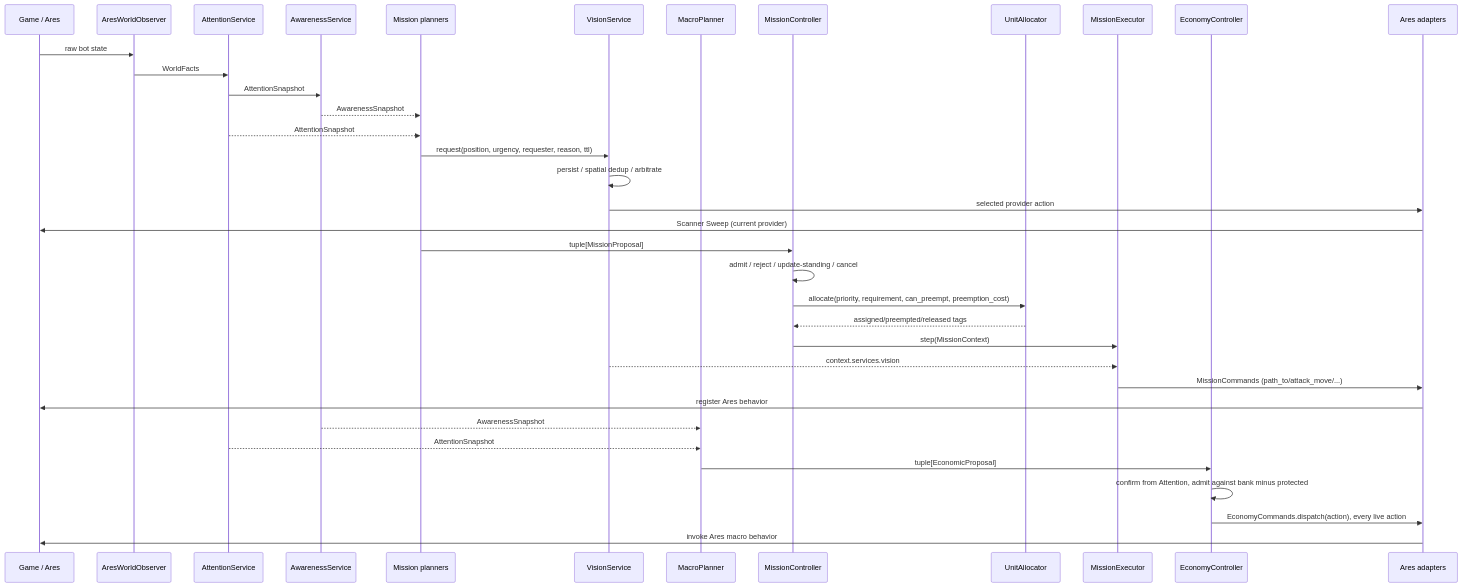
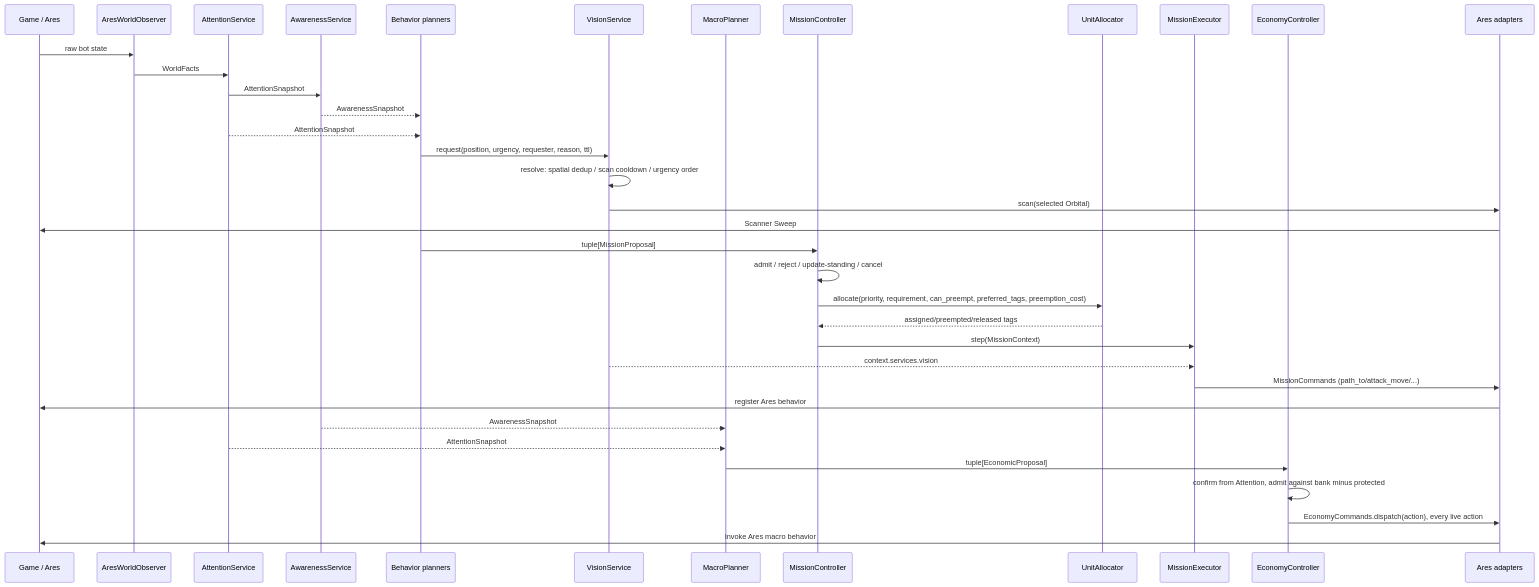
One commit to LeonardoSilvestrin/sc2bot changed the first of 2 diagrams in _botdev/architecture/contracts.md. Above: the diagram before and after it, drawn with Mermaid. The commit also changed other lines of this file and 23 other files, not shown here.

````diff
--- a/_botdev/architecture/contracts.md
+++ b/_botdev/architecture/contracts.md
@@ -100,40 +136,40 @@
 ```mermaid
 sequenceDiagram
     participant Ares as Game / Ares
     participant Obs as AresWorldObserver
     participant Att as AttentionService
     participant Awa as AwarenessService
-    participant Pln as Mission planners
+    participant Pln as Behavior planners
     participant Vision as VisionService
     participant Mac as MacroPlanner
     participant MC as MissionController
     participant Alloc as UnitAllocator
     participant Exec as MissionExecutor
     participant EC as EconomyController
     participant Cmd as Ares adapters
 
     Ares->>Obs: raw bot state
     Obs->>Att: WorldFacts
     Att->>Awa: AttentionSnapshot
     Awa-->>Pln: AwarenessSnapshot
     Att-->>Pln: AttentionSnapshot
     Pln->>Vision: request(position, urgency, requester, reason, ttl)
-    Vision->>Vision: persist / spatial dedup / arbitrate
-    Vision->>Cmd: selected provider action
-    Cmd->>Ares: Scanner Sweep (current provider)
+    Vision->>Vision: resolve: spatial dedup / scan cooldown / urgency order
+    Vision->>Cmd: scan(selected Orbital)
+    Cmd->>Ares: Scanner Sweep
     Pln->>MC: tuple[MissionProposal]
     MC->>MC: admit / reject / update-standing / cancel
-    MC->>Alloc: allocate(priority, requirement, can_preempt, preemption_cost)
+    MC->>Alloc: allocate(priority, requirement, can_preempt, preferred_tags, preemption_cost)
     Alloc-->>MC: assigned/preempted/released tags
     MC->>Exec: step(MissionContext)
     Vision-->>Exec: context.services.vision
     Exec->>Cmd: MissionCommands (path_to/attack_move/...)
     Cmd->>Ares: register Ares behavior
 
     Awa-->>Mac: AwarenessSnapshot
     Att-->>Mac: AttentionSnapshot
     Mac->>EC: tuple[EconomicProposal]
     EC->>EC: confirm from Attention, admit against bank minus protected
     EC->>Cmd: EconomyCommands.dispatch(action), every live action
     Cmd->>Ares: invoke Ares macro behavior
 ```
````
